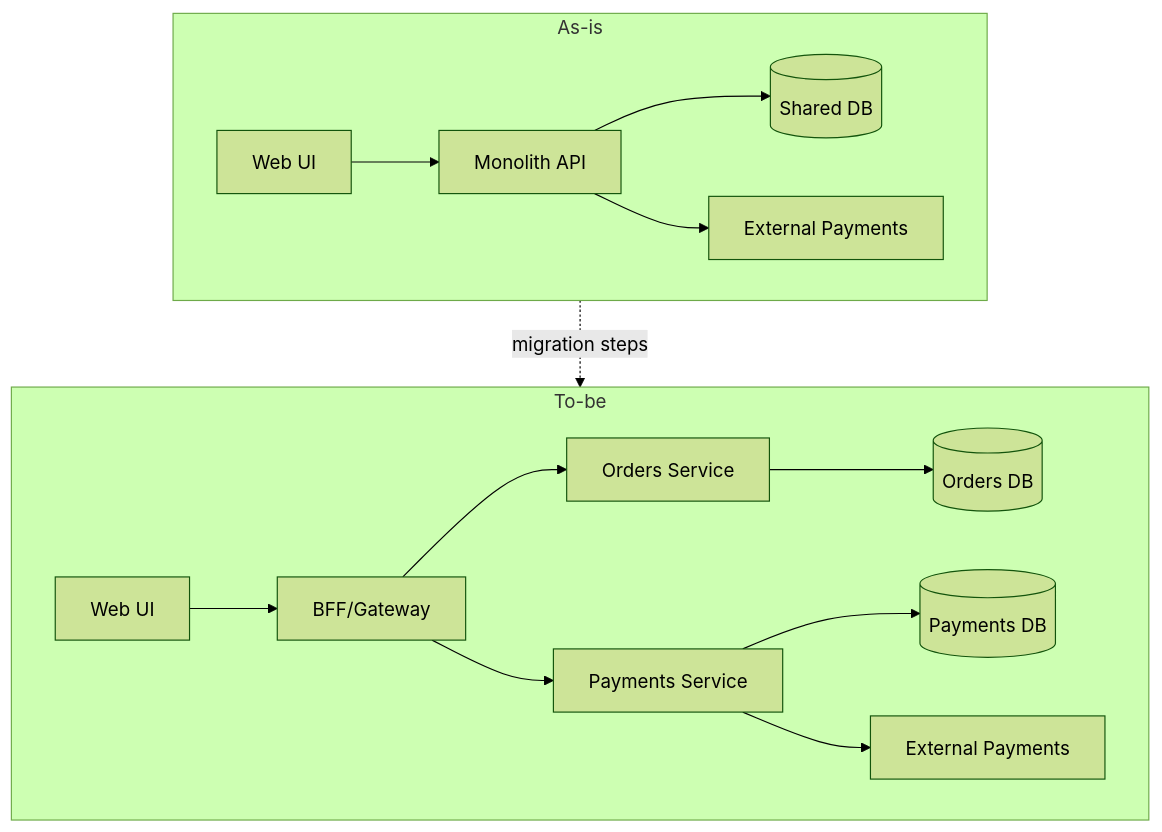
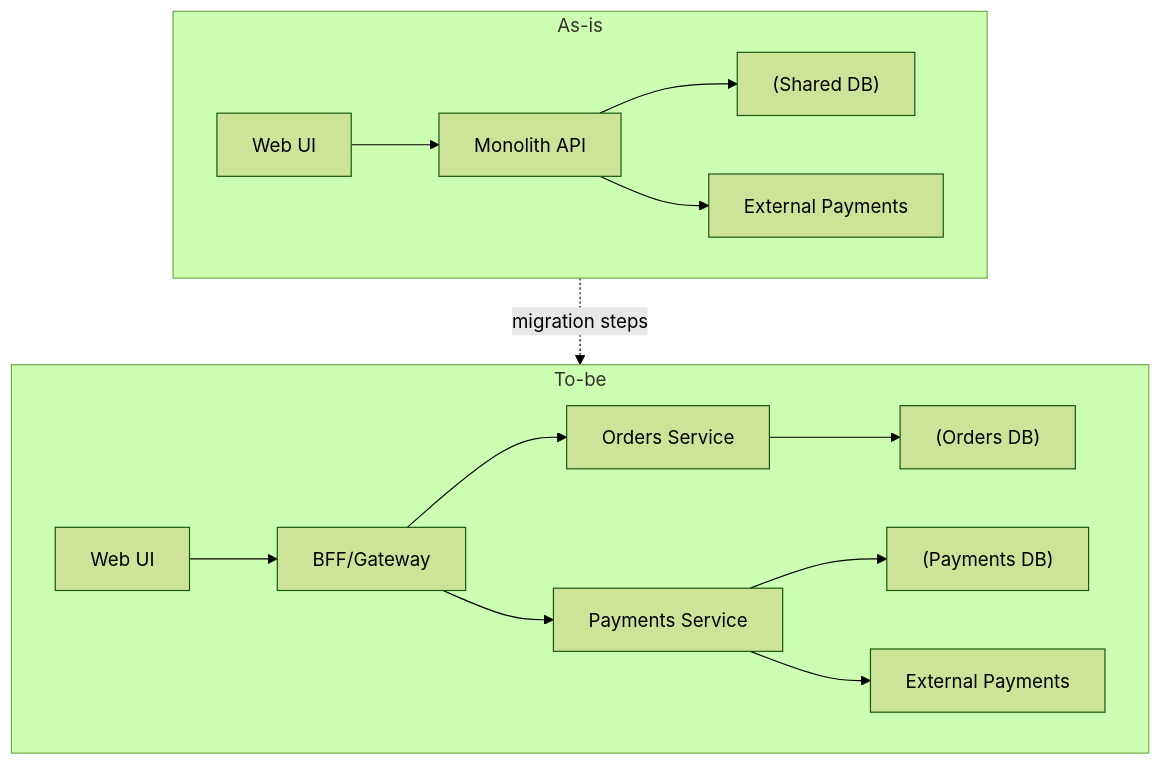
One commit to DDoSKudya/ai-study-atlas changed the third of 6 diagrams in directions/architecture/pact/32_evolyutsiya_arkhitektury_migratsii_adr_c4/01_32_1_strategii_migratsii.md. Above: the diagram before and after it, drawn with Mermaid (forest theme). The commit also changed other lines of this file and 322 other files, not shown here.

Commit message:
fix(docs): make mermaid diagrams GitHub-compatible across directions content

````diff
--- a/directions/architecture/pact/32_evolyutsiya_arkhitektury_migratsii_adr_c4/01_32_1_strategii_migratsii.md
+++ b/directions/architecture/pact/32_evolyutsiya_arkhitektury_migratsii_adr_c4/01_32_1_strategii_migratsii.md
@@ -376,19 +376,19 @@
 ```mermaid
 flowchart TB
-  subgraph ASIS[As-is]
-    UI1[Web UI] --> API1[Monolith API]
-    API1 --> DB1[(Shared DB)]
-    API1 --> EXT1[External Payments]
+  subgraph ASIS["As-is"]
+    UI1["Web UI"] --> API1["Monolith API"]
+    API1 --> DB1["(Shared DB)"]
+    API1 --> EXT1["External Payments"]
   end
 
-  subgraph TOBE[To-be]
-    UI2[Web UI] --> BFF[BFF/Gateway]
-    BFF --> S1[Orders Service]
-    BFF --> S2[Payments Service]
-    S1 --> DB2[(Orders DB)]
-    S2 --> DB3[(Payments DB)]
-    S2 --> EXT2[External Payments]
+  subgraph TOBE["To-be"]
+    UI2["Web UI"] --> BFF["BFF/Gateway"]
+    BFF --> S1["Orders Service"]
+    BFF --> S2["Payments Service"]
+    S1 --> DB2["(Orders DB)"]
+    S2 --> DB3["(Payments DB)"]
+    S2 --> EXT2["External Payments"]
   end
 
   ASIS -.migration steps.-> TOBE
 ```
````
